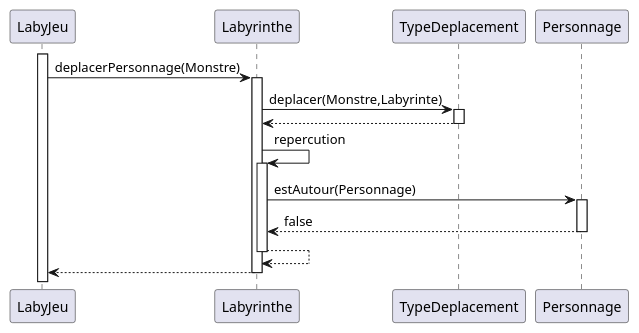
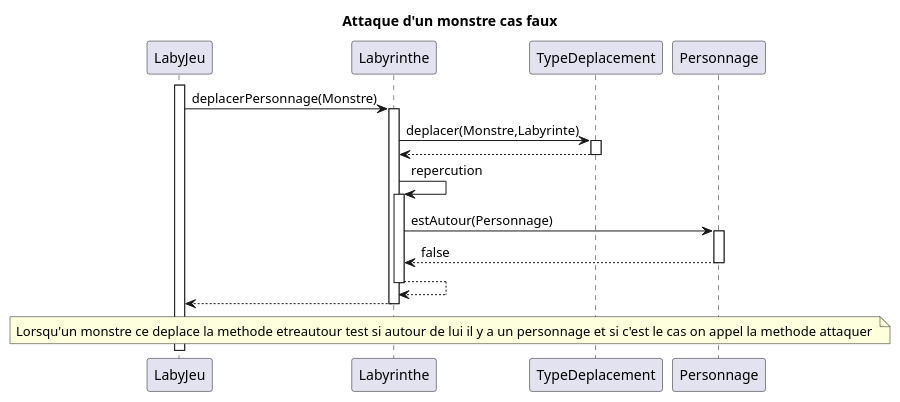
One commit to LukaSalvo/SAE2024 changed the diagram in zeldiablo/documents/version_4/diagseq_attaqueDeMonstreRate.puml. Above: the diagram before and after it, drawn with PlantUML. The commit also changed 5 other files, not shown here.

```diff
--- a/zeldiablo/documents/version_4/diagseq_attaqueDeMonstreRate.puml
+++ b/zeldiablo/documents/version_4/diagseq_attaqueDeMonstreRate.puml
@@ -1,20 +1,24 @@
 @startuml
 activate LabyJeu
+title : Attaque d'un monstre cas faux
 LabyJeu -> Labyrinthe : deplacerPersonnage(Monstre)
 activate Labyrinthe
 Labyrinthe -> TypeDeplacement : deplacer(Monstre,Labyrinte)
 activate TypeDeplacement
 TypeDeplacement --> Labyrinthe
 deactivate TypeDeplacement
 Labyrinthe -> Labyrinthe : repercution
 activate Labyrinthe
 
 Labyrinthe -> Personnage : estAutour(Personnage)
 activate Personnage
 Personnage --> Labyrinthe : false
 deactivate Personnage
 Labyrinthe --> Labyrinthe
 
 deactivate Labyrinthe
 return
+note across
+Lorsqu'un monstre ce deplace la methode etreautour test si autour de lui il y a un personnage et si c'est le cas on appel la methode attaquer 
+end note
 @enduml
```
